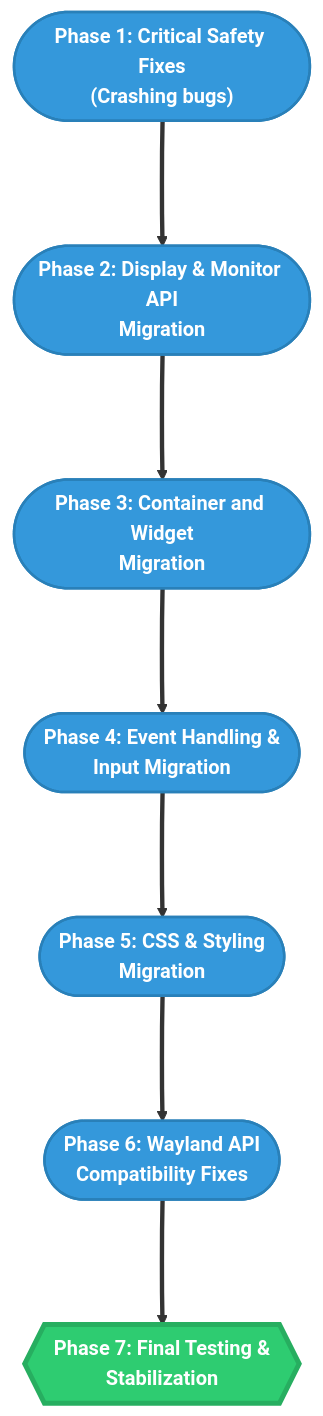
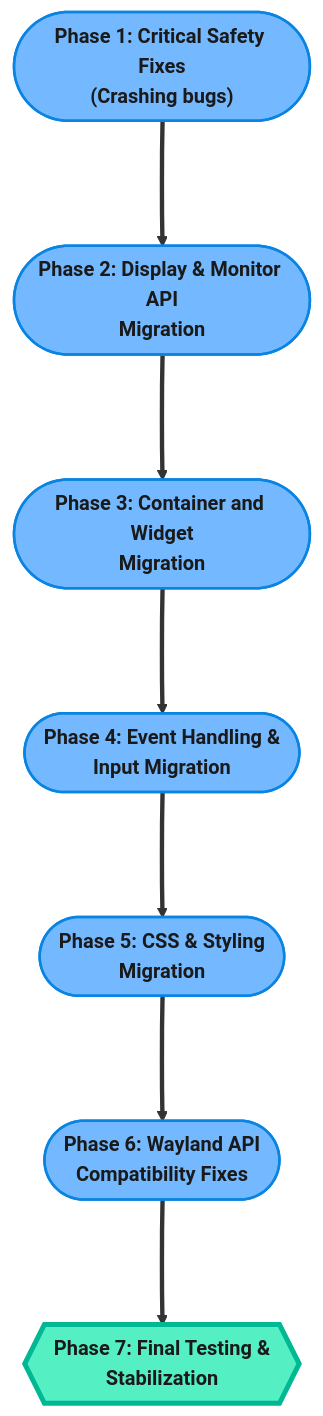
One commit to Dev10-sys/sugar-proposal-gtk changed the sixth of 9 diagrams in proposal.md. Above: the diagram before and after it, drawn with Mermaid. The commit also changed other lines of this file, not shown here.

Commit message:
Polish all diagrams: remove emojis, dark text, professional styling

````diff
--- a/proposal.md
+++ b/proposal.md
@@ -375,26 +388,26 @@
 ```mermaid
 flowchart TD
     %% Workflow steps
     Phase1(["Phase 1: Critical Safety Fixes\n(Crashing bugs)"])
     Phase2(["Phase 2: Display & Monitor API\nMigration"])
     Phase3(["Phase 3: Container and Widget\nMigration"])
     Phase4(["Phase 4: Event Handling &\nInput Migration"])
     Phase5(["Phase 5: CSS & Styling\nMigration"])
     Phase6(["Phase 6: Wayland API\nCompatibility Fixes"])
     Phase7{{"Phase 7: Final Testing &\nStabilization"}}
 
     %% Connections
     Phase1 ===> Phase2
     Phase2 ===> Phase3
     Phase3 ===> Phase4
     Phase4 ===> Phase5
     Phase5 ===> Phase6
     Phase6 ===> Phase7
 
     %% Styling
-    classDef phaseNode fill:#3498db,stroke:#2980b9,stroke-width:2px,color:#fff,font-weight:bold;
-    classDef finalNode fill:#2ecc71,stroke:#27ae60,stroke-width:4px,color:#fff,font-weight:bold;
+    classDef phaseNode fill:#74b9ff,stroke:#0984e3,stroke-width:2px,color:#1a1a1a,font-weight:bold;
+    classDef finalNode fill:#55efc4,stroke:#00b894,stroke-width:4px,color:#1a1a1a,font-weight:bold;
 
     class Phase1,Phase2,Phase3,Phase4,Phase5,Phase6 phaseNode;
     class Phase7 finalNode;
 ```
````
